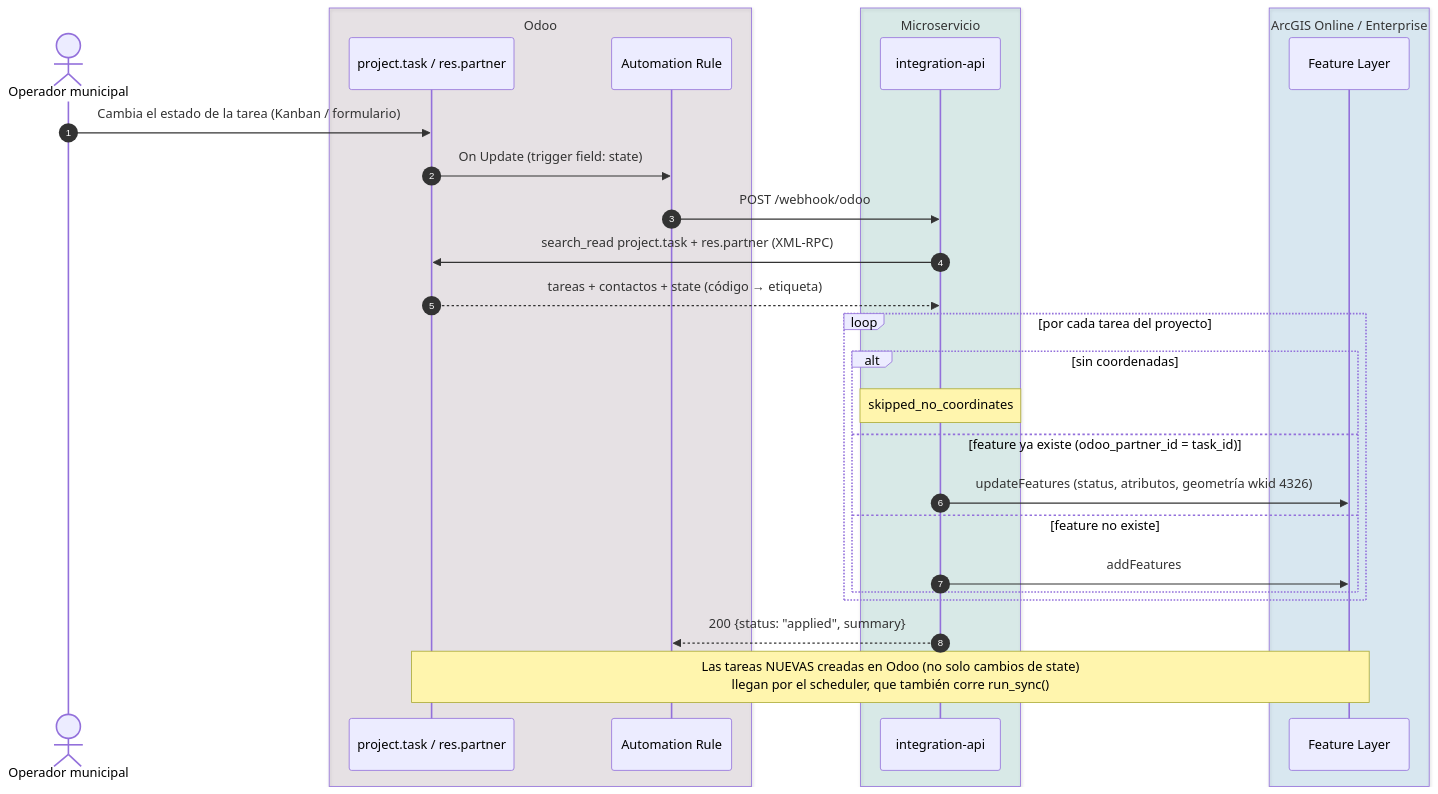
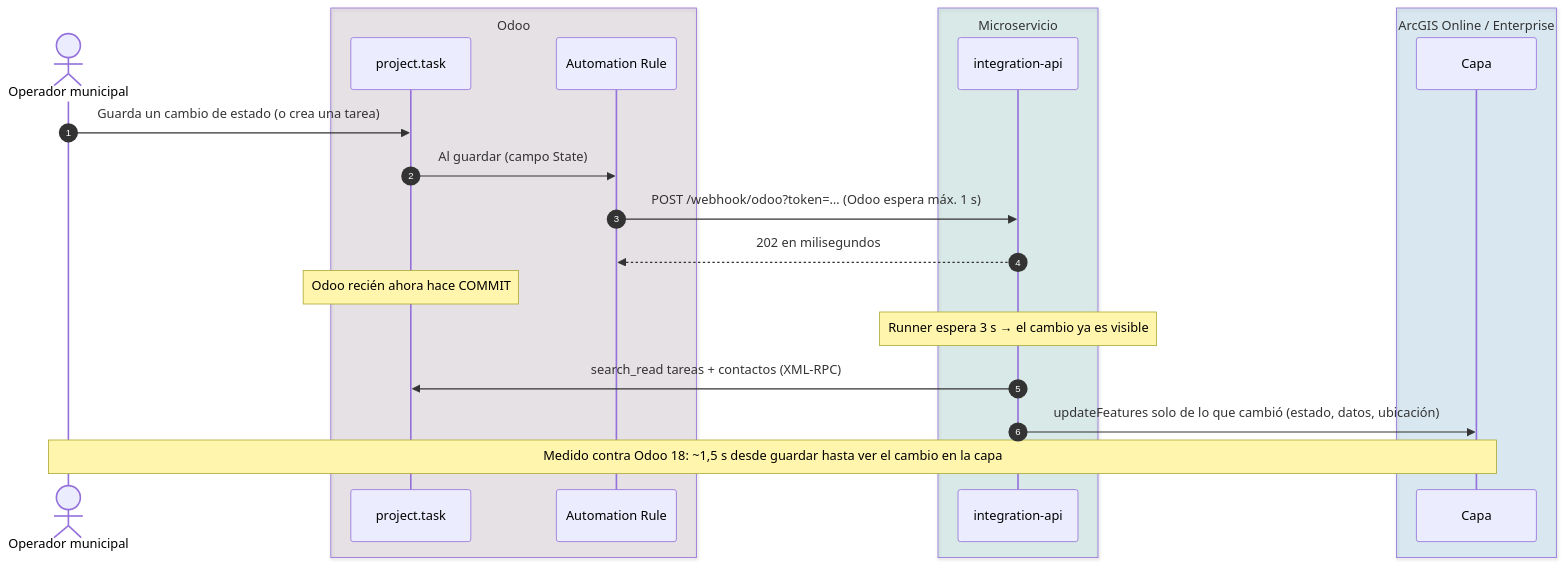
The third of 7 diagrams in README.md (osbonilla/IntegracionOdooArcGIS), drawn with Mermaid before and after one commit. The commit also changed other lines of this file and 9 other files, not shown here.

````diff
--- a/README.md
+++ b/README.md
@@ -145,34 +146,25 @@
 ```mermaid
 sequenceDiagram
     autonumber
     actor Op as Operador municipal
     box rgba(113,75,103,0.12) Odoo
-        participant O as project.task / res.partner
+        participant O as project.task
         participant R as Automation Rule
     end
     box rgba(0,137,123,0.12) Microservicio
         participant API as integration-api
     end
     box rgba(0,121,193,0.12) ArcGIS Online / Enterprise
-        participant L as Feature Layer
+        participant L as Capa
     end
 
-    Op->>O: Cambia el estado de la tarea (Kanban / formulario)
-    O->>R: On Update (trigger field: state)
-    R->>API: POST /webhook/odoo
-    API->>O: search_read project.task + res.partner (XML-RPC)
-    O-->>API: tareas + contactos + state (código → etiqueta)
-
-    loop por cada tarea del proyecto
-        alt sin coordenadas
-            Note over API: skipped_no_coordinates
-        else feature ya existe (odoo_partner_id = task_id)
-            API->>L: updateFeatures (status, atributos, geometría wkid 4326)
-        else feature no existe
-            API->>L: addFeatures
-        end
-    end
-
-    API-->>R: 200 {status: "applied", summary}
-    Note over O,L: Las tareas NUEVAS creadas en Odoo (no solo cambios de state)<br/>llegan por el scheduler, que también corre run_sync()
+    Op->>O: Guarda un cambio de estado (o crea una tarea)
+    O->>R: Al guardar (campo State)
+    R->>API: POST /webhook/odoo?token=… (Odoo espera máx. 1 s)
+    API-->>R: 202 en milisegundos
+    Note over O: Odoo recién ahora hace COMMIT
+    Note over API: Runner espera 3 s → el cambio ya es visible
+    API->>O: search_read tareas + contactos (XML-RPC)
+    API->>L: updateFeatures solo de lo que cambió (estado, datos, ubicación)
+    Note over Op,L: Medido contra Odoo 18: ~1,5 s desde guardar hasta ver el cambio en la capa
 ```
````
